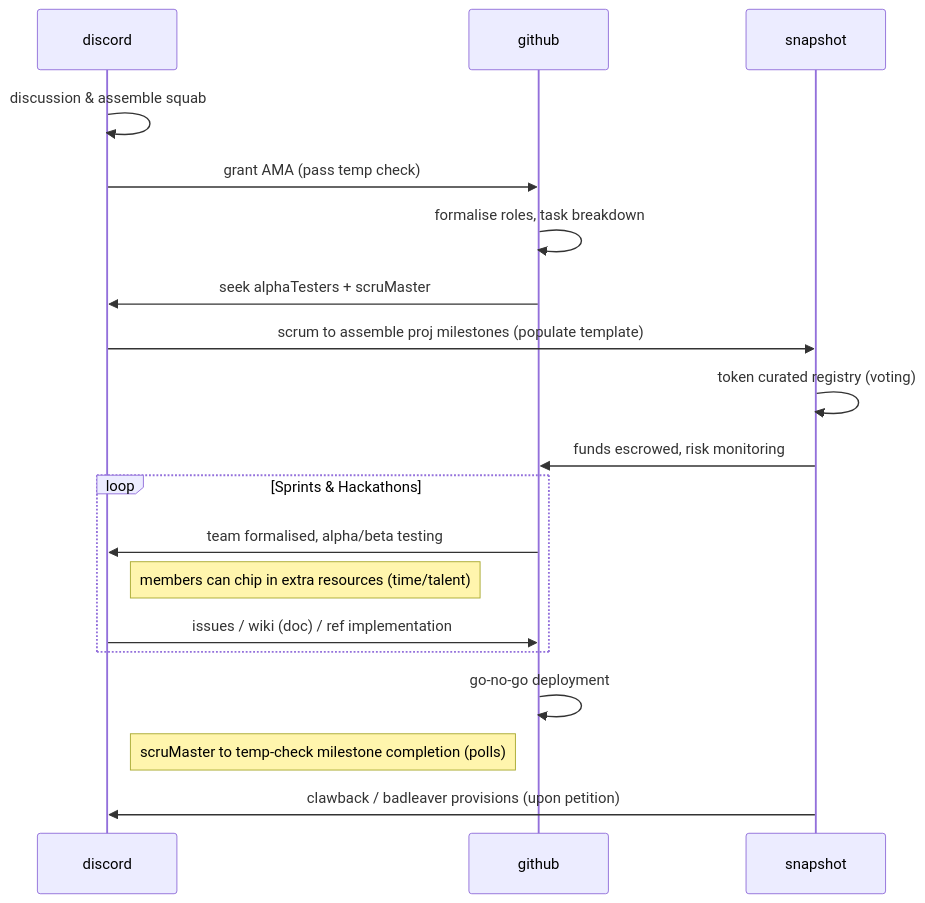
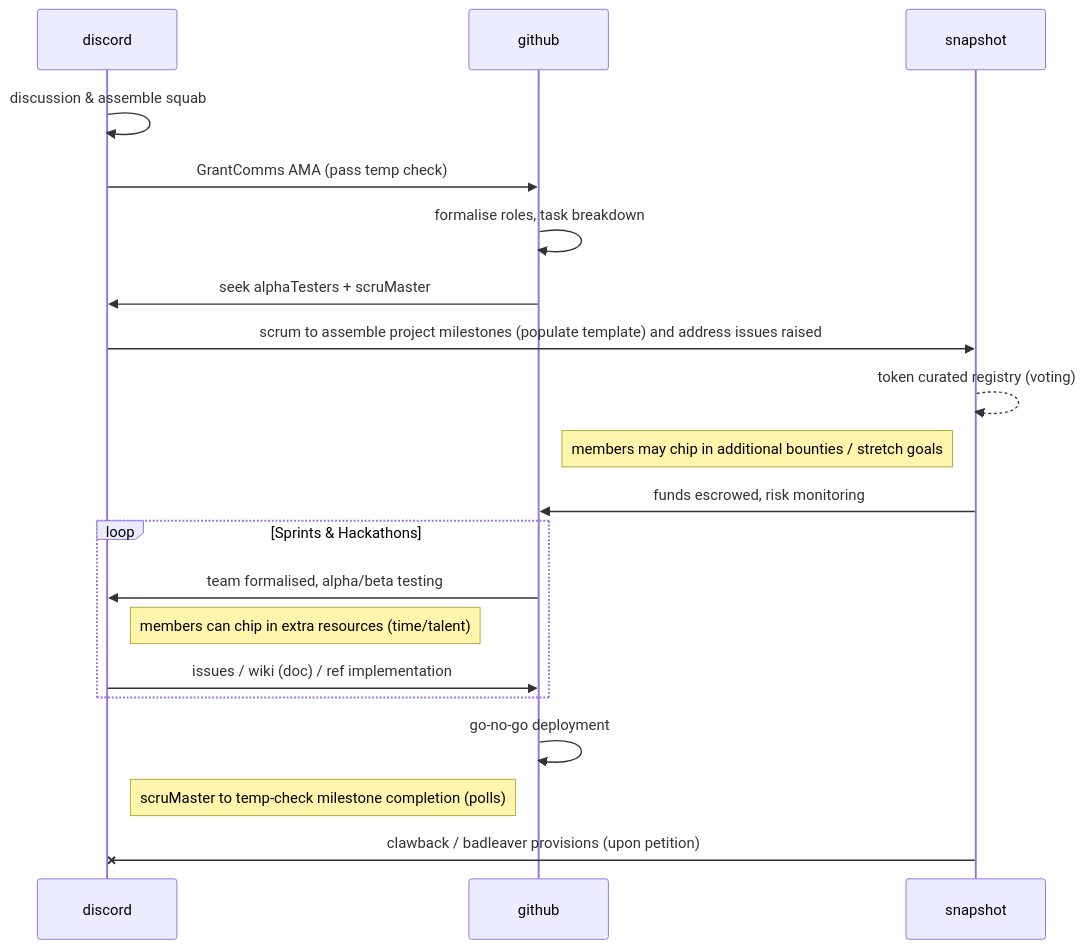
One commit to lexDAO/LexDAO-Articles changed the diagram in LexDAO_Monthly Updates_03-2024.md. Above: the diagram before and after it, drawn with Mermaid. The commit also changed other lines of this file, not shown here.

````diff
--- a/LexDAO_Monthly Updates_03-2024.md
+++ b/LexDAO_Monthly Updates_03-2024.md
@@ -22,21 +22,21 @@
 ```mermaid
 sequenceDiagram
-    participant discord
-    participant github
-    participant snapshot
     discord->>discord:  discussion & assemble squab
-    discord->>github:   grant AMA (pass temp check)
+    discord->>github:   GrantComms AMA (pass temp check)
     github->>github:    formalise roles, task breakdown
     github->>discord:   seek alphaTesters + scruMaster
-    discord->>snapshot: scrum to assemble proj milestones (populate template)
-    snapshot->>snapshot:token curated registry (voting)
+    discord->>snapshot: scrum to assemble project milestones (populate template) and address issues raised
+    snapshot-->>snapshot:token curated registry (voting)
+    Note left of snapshot: members may chip in additional bounties / stretch goals
     snapshot->>github:  funds escrowed, risk monitoring
+
     loop Sprints & Hackathons
         github->>discord:   team formalised, alpha/beta testing
         Note right of discord:  members can chip in extra resources (time/talent)
         discord->>github:   issues / wiki (doc) / ref implementation
     end
+
     github->>github:    go-no-go deployment
     Note right of discord:  scruMaster to temp-check milestone completion (polls)
-    snapshot->>discord: clawback / badleaver provisions (upon petition)
+    snapshot-xdiscord: clawback / badleaver provisions (upon petition)
 ```
````
